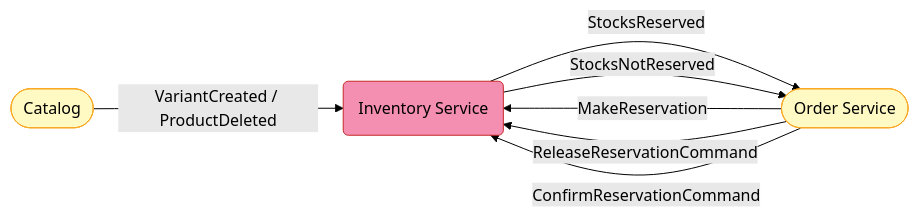
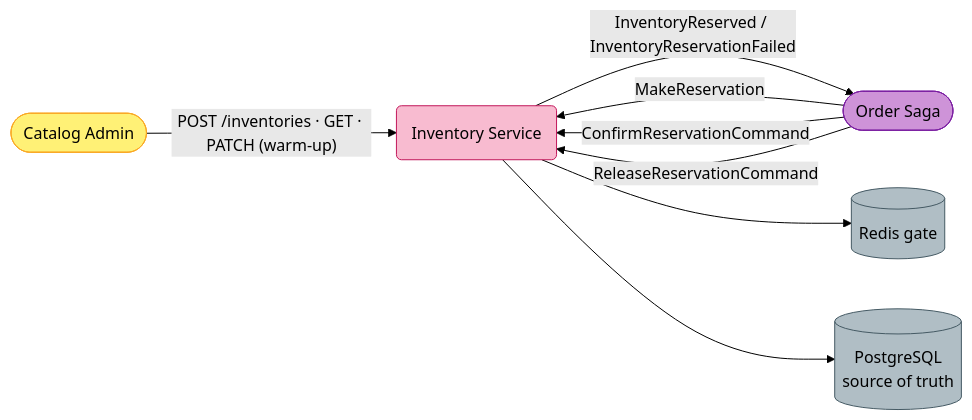
One commit to mnnam1302/EShop changed the first of 13 diagrams in Inventory/src/EShop.Inventory.API/README.md. Above: the diagram before and after it, drawn with Mermaid (forest theme). The commit also changed other lines of this file and 105 other files, not shown here.

First line of the commit message:
[EShop-2606] Introduce Finance service + Place-Order saga payment step (#71)

````diff
--- a/Inventory/src/EShop.Inventory.API/README.md
+++ b/Inventory/src/EShop.Inventory.API/README.md
@@ -9,18 +11,21 @@
 ```mermaid
 graph LR
-    classDef event   fill:#ff9800,color:#fff,stroke:none
-    classDef command fill:#42a5f5,color:#fff,stroke:none
-    classDef agg     fill:#f48fb1,color:#000,stroke:#c62828
-    classDef actor   fill:#fff9c4,color:#000,stroke:#f9a825
+    classDef actor   fill:#fff176,stroke:#f9a825,color:#000
+    classDef agg     fill:#f8bbd0,stroke:#c2185b,color:#000
+    classDef pm      fill:#ce93d8,stroke:#7b1fa2,color:#000
+    classDef infra   fill:#b0bec5,stroke:#455a64,color:#000
 
-    CAT([Catalog]):::actor
-    ORD([Order Service]):::actor
+    ADMIN([Catalog Admin]):::actor
+    PM([Order Saga]):::pm
     INV(Inventory Service):::agg
+    RD[(Redis gate)]:::infra
+    PG[(PostgreSQL\nsource of truth)]:::infra
 
-    CAT -->|"VariantCreated / ProductDeleted"| INV
-    ORD -->|"MakeReservation"| INV
-    ORD -->|"ReleaseReservationCommand"| INV
-    ORD -->|"ConfirmReservationCommand"| INV
-    INV -->|"StocksReserved"| ORD
-    INV -->|"StocksNotReserved"| ORD
+    ADMIN -->|"POST /inventories · GET · PATCH (warm-up)"| INV
+    PM -->|"MakeReservation"| INV
+    PM -->|"ConfirmReservationCommand"| INV
+    PM -->|"ReleaseReservationCommand"| INV
+    INV -->|"InventoryReserved / InventoryReservationFailed"| PM
+    INV --> RD
+    INV --> PG
 ```
````
